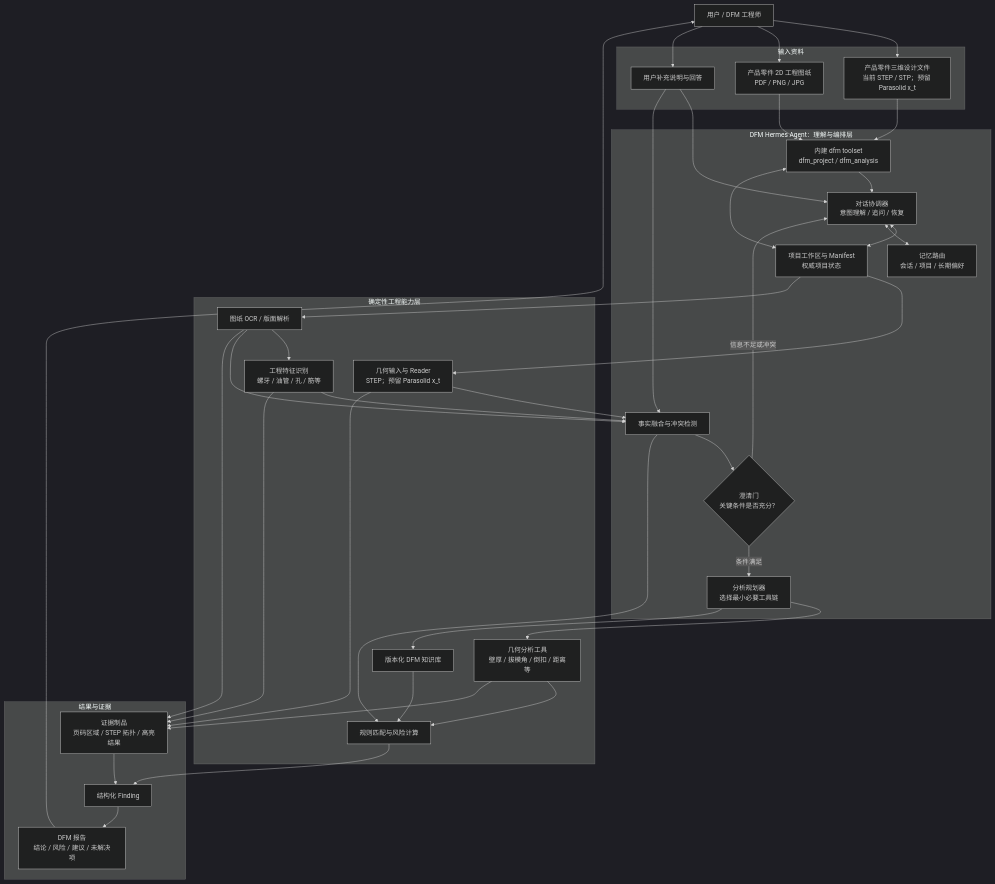
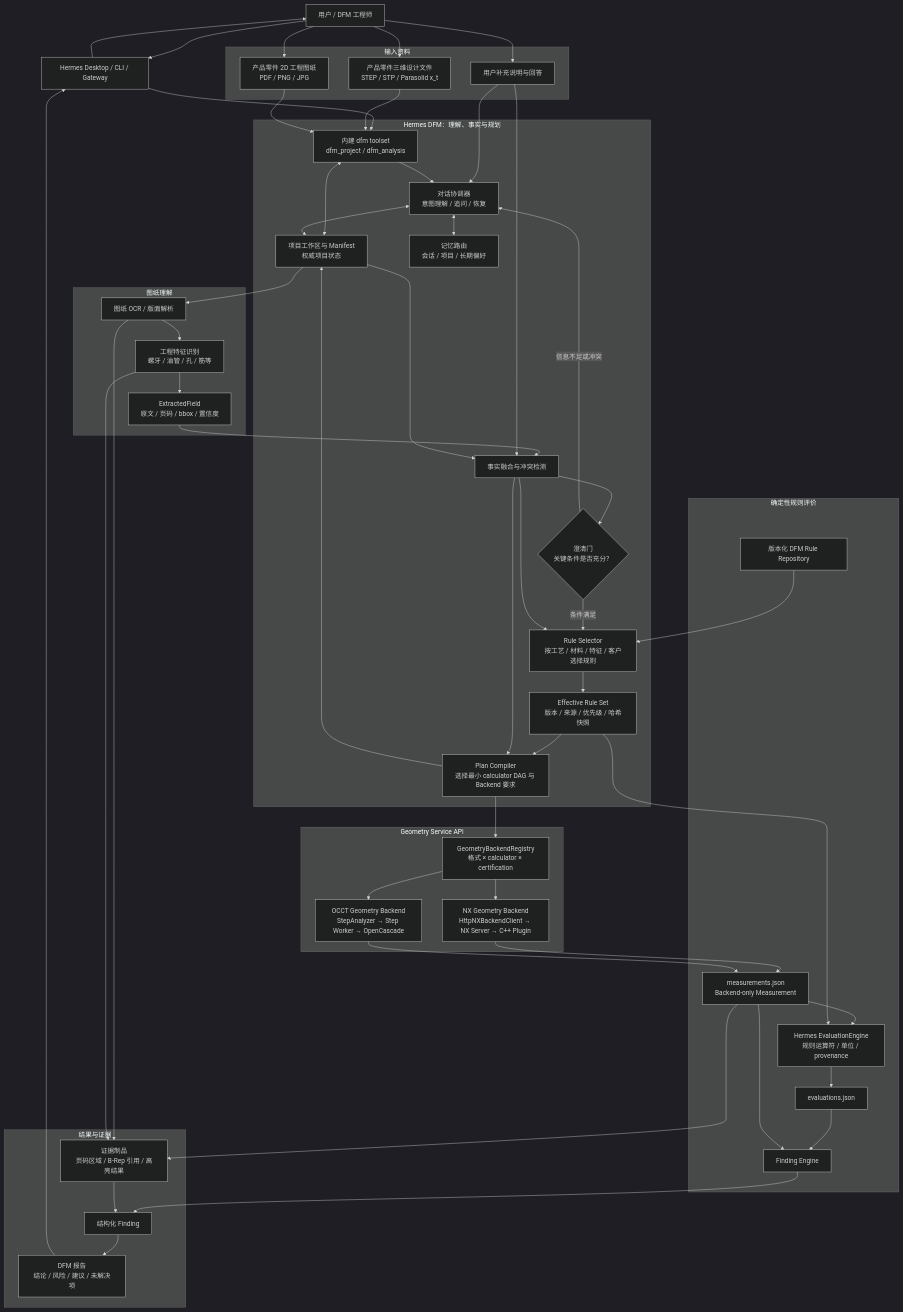
The diagram in docs/plans/2026-07-13-dfm-hermes-agent-development-roadmap.md (1004860611/hermes-agent), drawn with Mermaid (dark theme) before and after one commit. The commit also changed other lines of this file and 1 other file, not shown here.

Commit message:
更新架构图和研发计划

````diff
--- a/docs/plans/2026-07-13-dfm-hermes-agent-development-roadmap.md
+++ b/docs/plans/2026-07-13-dfm-hermes-agent-development-roadmap.md
@@ -116,38 +116,53 @@
 ```mermaid
 flowchart TB
     U[用户 / DFM 工程师]
+    UI[Hermes Desktop / CLI / Gateway]
 
     subgraph IN[输入资料]
-        S[产品零件三维设计文件<br/>当前 STEP / STP；预留 Parasolid x_t]
+        S[产品零件三维设计文件<br/>STEP / STP / Parasolid x_t]
         D[产品零件 2D 工程图纸<br/>PDF / PNG / JPG]
         T[用户补充说明与回答]
     end
 
-    subgraph H[DFM Hermes Agent：理解与编排层]
+    subgraph H[Hermes DFM：理解、事实与规划]
         TA[内建 dfm toolset<br/>dfm_project / dfm_analysis]
         C[对话协调器<br/>意图理解 / 追问 / 恢复]
         P[项目工作区与 Manifest<br/>权威项目状态]
         F[事实融合与冲突检测]
         G{澄清门<br/>关键条件是否充分？}
-        A[分析规划器<br/>选择最小必要工具链]
+        RS[Rule Selector<br/>按工艺 / 材料 / 特征 / 客户选择规则]
+        ER[Effective Rule Set<br/>版本 / 来源 / 优先级 / 哈希快照]
+        PC[Plan Compiler<br/>选择最小 calculator DAG 与 Backend 要求]
         M[记忆路由<br/>会话 / 项目 / 长期偏好]
     end
 
-    subgraph E[确定性工程能力层]
-        SI[几何输入与 Reader<br/>STEP；预留 Parasolid x_t]
+    subgraph DRAWING[图纸理解]
         DI[图纸 OCR / 版面解析]
         FD[工程特征识别<br/>螺牙 / 油管 / 孔 / 筋等]
-        GT[几何分析工具<br/>壁厚 / 拔模角 / 倒扣 / 距离等]
-        KB[版本化 DFM 知识库]
-        RE[规则匹配与风险计算]
+        XF[ExtractedField<br/>原文 / 页码 / bbox / 置信度]
+    end
+
+    subgraph GS[Geometry Service API]
+        GBR[GeometryBackendRegistry<br/>格式 × calculator × certification]
+        NX[NX Geometry Backend<br/>HttpNXBackendClient → NX Server → C++ Plugin]
+        OCC[OCCT Geometry Backend<br/>StepAnalyzer → Step Worker → OpenCascade]
+    end
+
+    subgraph RULES[确定性规则评价]
+        KB[版本化 DFM Rule Repository]
+        MEAS[measurements.json<br/>Backend-only Measurement]
+        EE[Hermes EvaluationEngine<br/>规则运算符 / 单位 / provenance]
+        EVAL[evaluations.json]
+        FE[Finding Engine]
     end
 
     subgraph O[结果与证据]
-        EV[证据制品<br/>页码区域 / STEP 拓扑 / 高亮结果]
+        EV[证据制品<br/>页码区域 / B-Rep 引用 / 高亮结果]
         R[结构化 Finding]
         RP[DFM 报告<br/>结论 / 风险 / 建议 / 未解决项]
     end
 
+    U --> UI --> TA
     U --> S
     U --> D
     U --> T
@@ -158,27 +173,32 @@
     TA <--> P
     C <--> P
     C <--> M
-    P --> SI
     P --> DI
-    DI --> FD
-    SI --> F
-    DI --> F
-    FD --> F
+    DI --> FD --> XF --> F
     T --> F
+    P --> F
     F --> G
     G -- 信息不足或冲突 --> C
-    G -- 条件满足 --> A
-    A --> GT
-    A --> KB
-    GT --> RE
-    KB --> RE
-    F --> RE
-    SI --> EV
+    G -- 条件满足 --> RS
+    KB --> RS --> ER
+    F --> RS
+    ER --> PC
+    F --> PC
+    PC --> P
+    PC --> GBR
+    GBR --> NX
+    GBR --> OCC
+    NX --> MEAS
+    OCC --> MEAS
+    MEAS --> EE
+    ER --> EE
+    EE --> EVAL --> FE
+    MEAS --> FE
+    FE --> R
+    MEAS --> EV
     DI --> EV
     FD --> EV
-    GT --> EV
-    RE --> R
     EV --> R
     R --> RP
-    RP --> U
+    RP --> UI --> U
 ```
````
